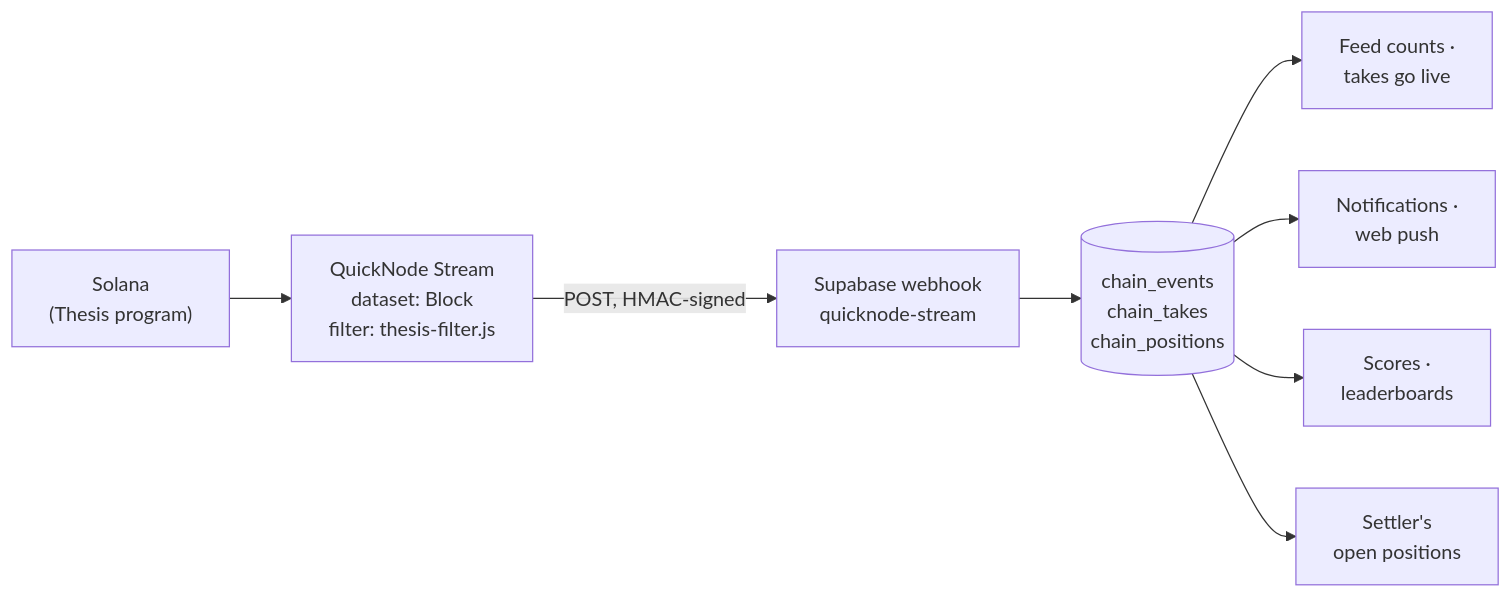
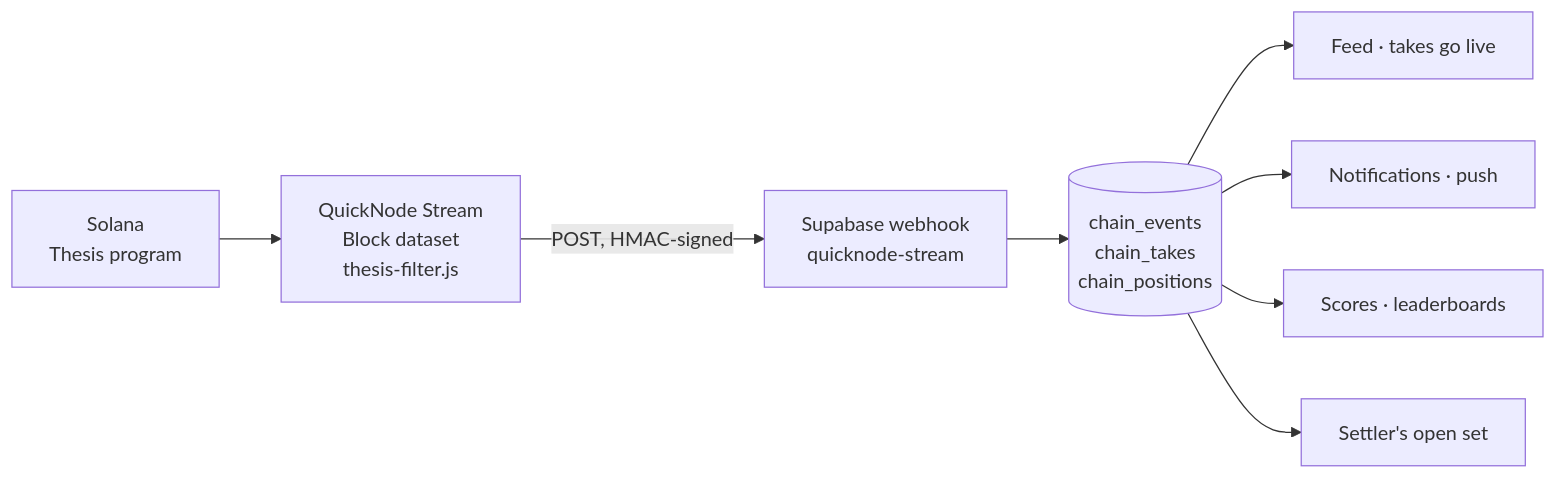
Before and after one commit to crh78/Thesis: the second of 3 diagrams in README.md, drawn with Mermaid. The commit also changed other lines of this file and 2 other files, not shown here.

First line of the commit message:
README: the team's logo, a numbers strip, the programs Thesis composes with, no GTM

````diff
--- a/README.md
+++ b/README.md
@@ -165,10 +175,10 @@
 ```mermaid
 flowchart LR
-    S["Solana<br/>(Thesis program)"] --> Q["QuickNode Stream<br/>dataset: Block<br/>filter: thesis-filter.js"]
+    S["Solana<br/>Thesis program"] --> Q["QuickNode Stream<br/>Block dataset<br/>thesis-filter.js"]
     Q -->|"POST, HMAC-signed"| W["Supabase webhook<br/>quicknode-stream"]
     W --> E[("chain_events<br/>chain_takes<br/>chain_positions")]
-    E --> F["Feed counts ·<br/>takes go live"]
-    E --> N["Notifications ·<br/>web push"]
-    E --> L["Scores ·<br/>leaderboards"]
-    E --> T["Settler's<br/>open positions"]
+    E --> F["Feed · takes go live"]
+    E --> N["Notifications · push"]
+    E --> L["Scores · leaderboards"]
+    E --> T["Settler's open set"]
 ```
````
